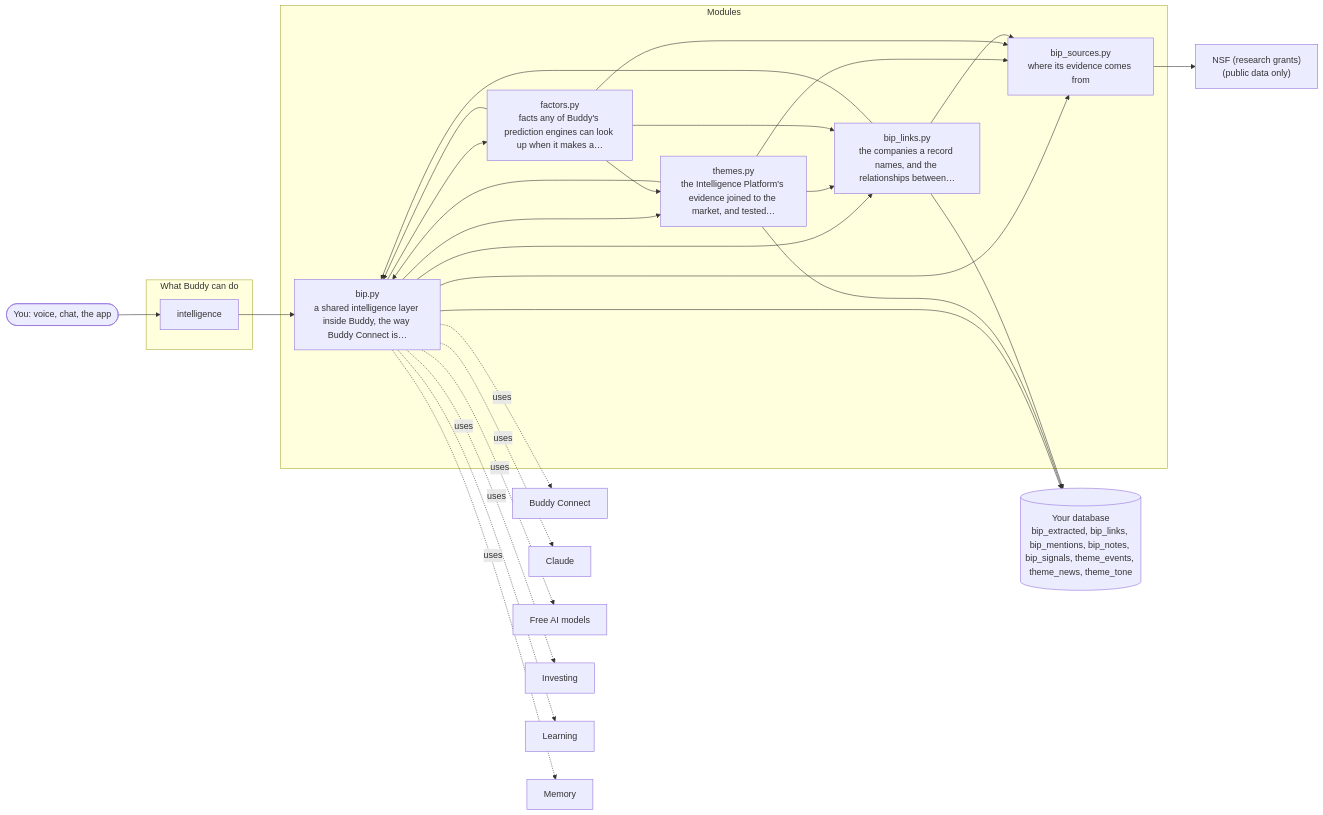
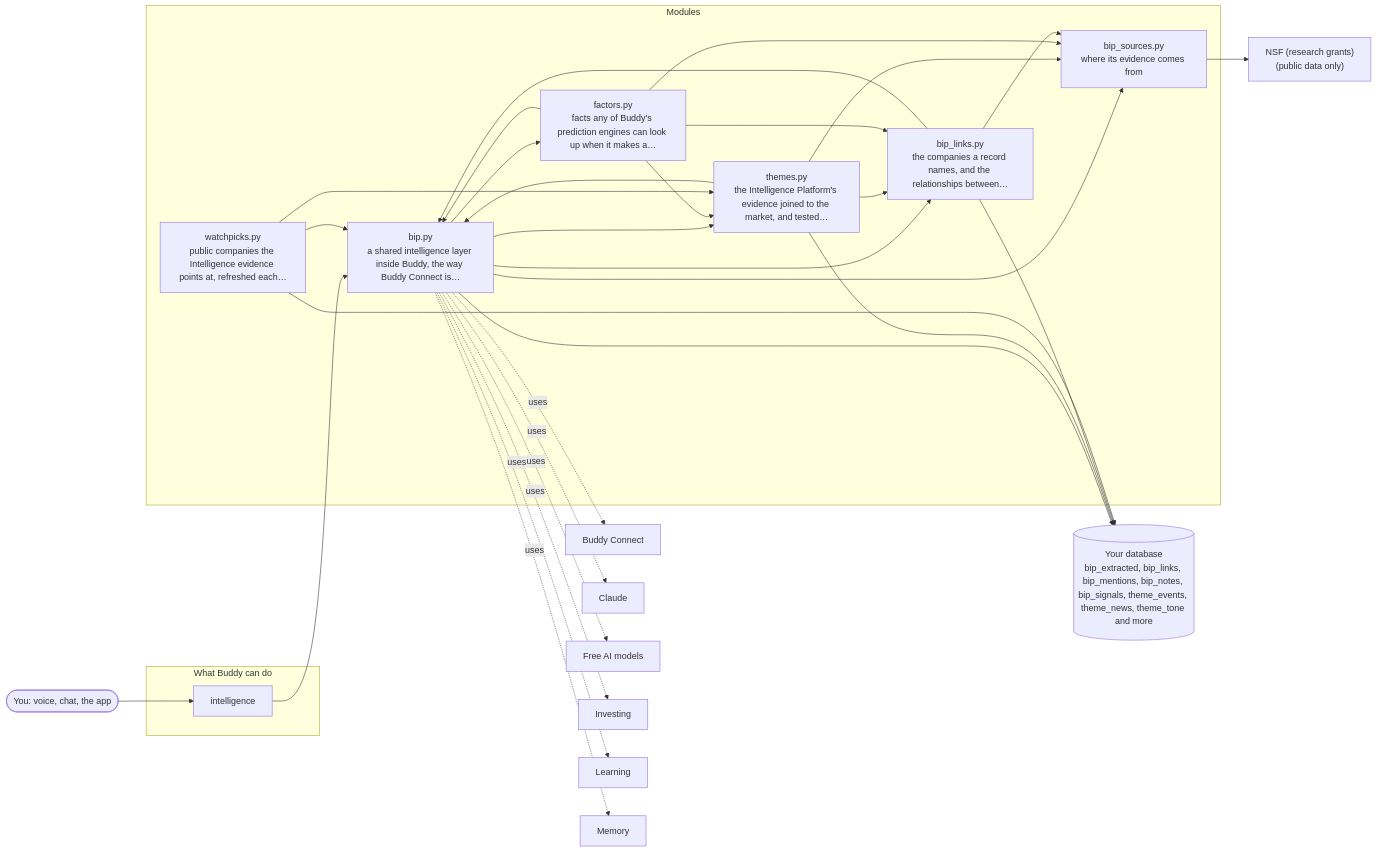
Before and after one commit to aneesh304810/BuddyAgent: the diagram in docs/architecture/20-buddy-intelligence-platform.md, drawn with Mermaid. The commit also changed other lines of this file and 13 other files, not shown here.

````diff
--- a/docs/architecture/20-buddy-intelligence-platform.md
+++ b/docs/architecture/20-buddy-intelligence-platform.md
@@ -7,47 +7,51 @@
 ```mermaid
 flowchart LR
     you(["You: voice, chat, the app"])
     subgraph Tools["What Buddy can do"]
         t_intelligence["intelligence"]
     end
     subgraph Modules["Modules"]
         bip_py["bip.py<br/>a shared intelligence layer inside Buddy, the way Buddy Connect is…"]
         bip_sources_py["bip_sources.py<br/>where its evidence comes from"]
         themes_py["themes.py<br/>the Intelligence Platform's evidence joined to the market, and tested…"]
         factors_py["factors.py<br/>facts any of Buddy's prediction engines can look up when it makes a…"]
         bip_links_py["bip_links.py<br/>the companies a record names, and the relationships between…"]
+        watchpicks_py["watchpicks.py<br/>public companies the Intelligence evidence points at, refreshed each…"]
     end
     you --> t_intelligence
     t_intelligence --> bip_py
     bip_py --> bip_links_py
     bip_py --> bip_sources_py
     bip_py --> factors_py
     bip_py --> themes_py
     themes_py --> bip_py
     themes_py --> bip_links_py
     themes_py --> bip_sources_py
     factors_py --> bip_py
     factors_py --> bip_links_py
     factors_py --> bip_sources_py
     factors_py --> themes_py
     bip_links_py --> bip_py
     bip_links_py --> bip_sources_py
-    db[("Your database<br/>bip_extracted, bip_links, bip_mentions, bip_notes, bip_signals, theme_events, theme_news, theme_tone")]
+    watchpicks_py --> bip_py
+    watchpicks_py --> themes_py
+    db[("Your database<br/>bip_extracted, bip_links, bip_mentions, bip_notes, bip_signals, theme_events, theme_news, theme_tone and more")]
     bip_py --> db
     themes_py --> db
     bip_links_py --> db
+    watchpicks_py --> db
     s_nsf["NSF (research grants)<br/>(public data only)"]
     bip_sources_py --> s_nsf
     o_0["Buddy Connect"]
     bip_py -. uses .-> o_0
     o_1["Claude"]
     bip_py -. uses .-> o_1
     o_2["Free AI models"]
     bip_py -. uses .-> o_2
     o_3["Investing"]
     bip_py -. uses .-> o_3
     o_4["Learning"]
     bip_py -. uses .-> o_4
     o_5["Memory"]
     bip_py -. uses .-> o_5
 ```
````
